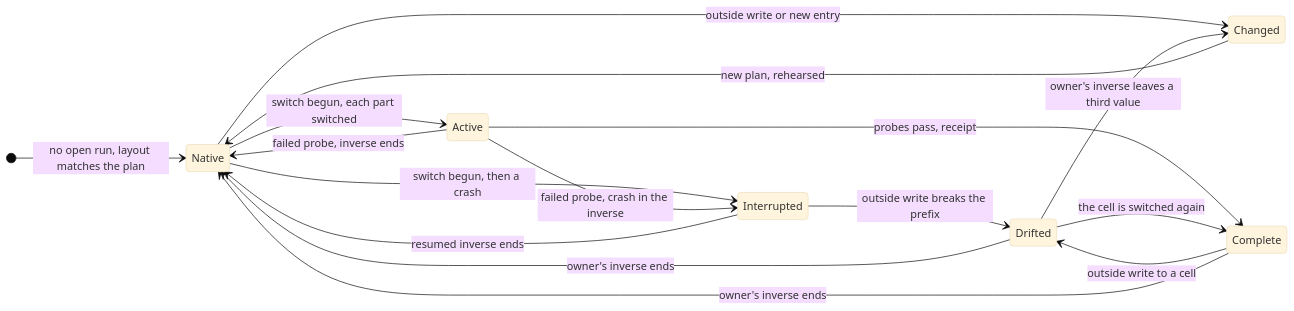
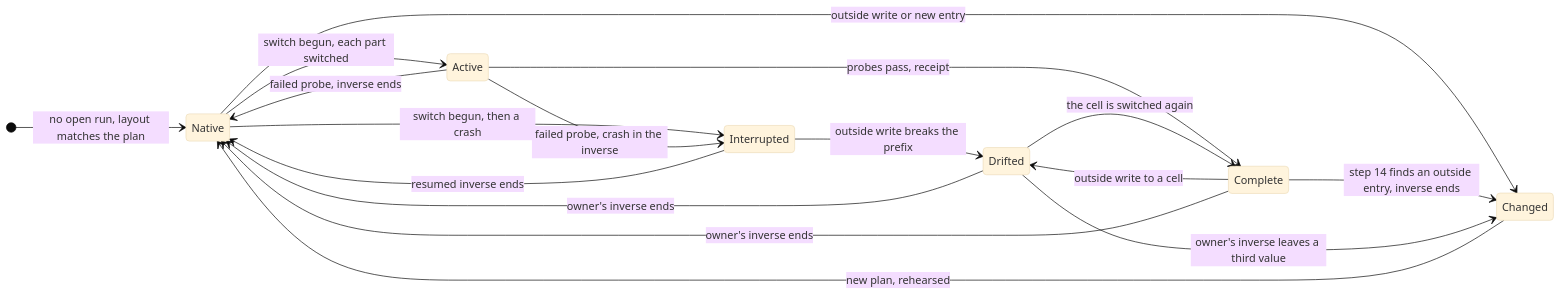
The diagram in docs/design/harness-selection-and-execution/owner-switch-states.mmd (Linkuistics/grove), drawn with Mermaid (base theme) before and after one commit. The commit also changed 10 other files, not shown here.

```diff
--- a/docs/design/harness-selection-and-execution/owner-switch-states.mmd
+++ b/docs/design/harness-selection-and-execution/owner-switch-states.mmd
@@ -1,17 +1,18 @@
 stateDiagram-v2
     direction LR
     [*] --> Native: no open run, layout matches the plan
     Native --> Changed: outside write or new entry
     Changed --> Native: new plan, rehearsed
     Native --> Interrupted: switch begun, then a crash
     Native --> Active: switch begun, each part switched
     Interrupted --> Native: resumed inverse ends
     Interrupted --> Drifted: outside write breaks the prefix
     Active --> Complete: probes pass, receipt
     Active --> Interrupted: failed probe, crash in the inverse
     Active --> Native: failed probe, inverse ends
     Complete --> Drifted: outside write to a cell
+    Complete --> Changed: step 14 finds an outside entry, inverse ends
     Drifted --> Complete: the cell is switched again
     Drifted --> Native: owner's inverse ends
     Drifted --> Changed: owner's inverse leaves a third value
     Complete --> Native: owner's inverse ends
```
